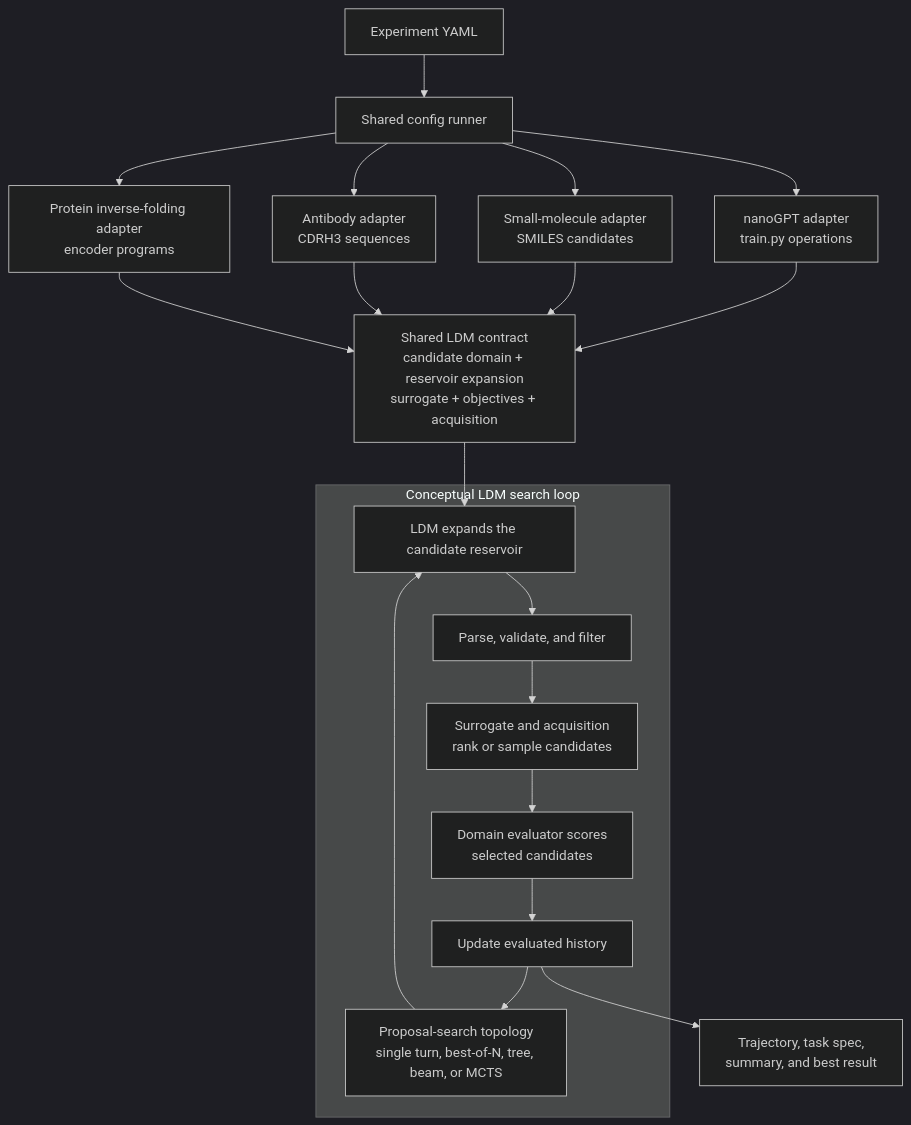
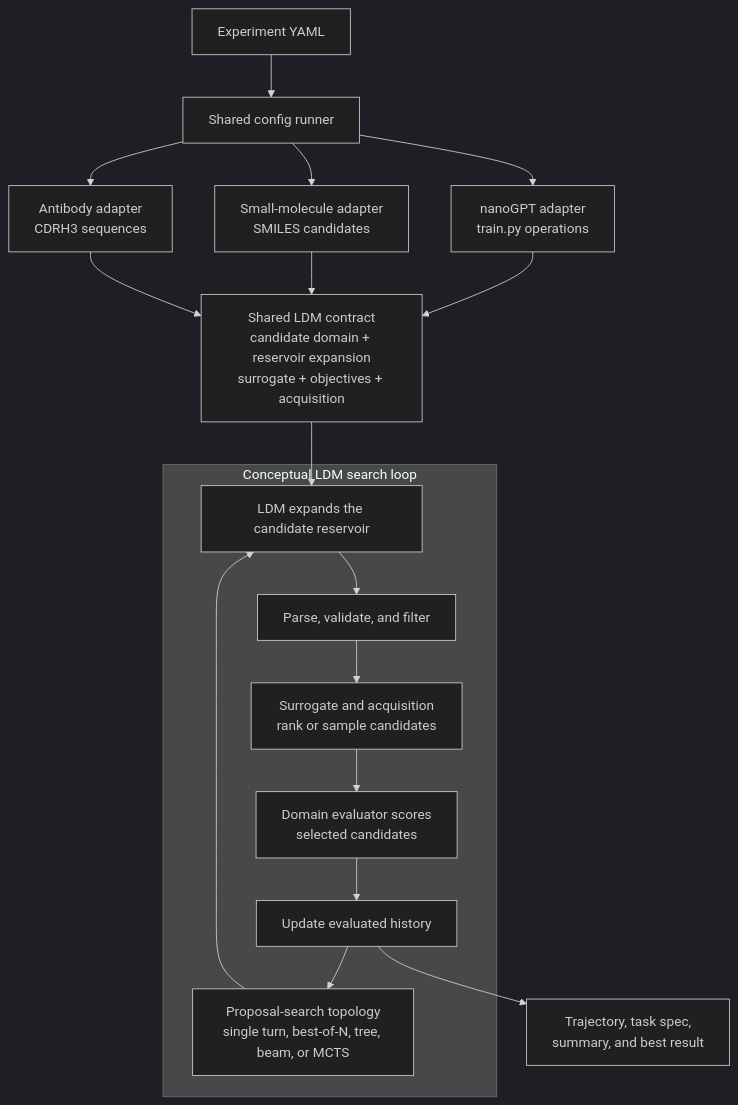
One commit to KangOxford/Large-Discovery-Models changed the diagram in README.md. Above: the diagram before and after it, drawn with Mermaid (dark theme). The commit also changed other lines of this file and 87 other files, not shown here.

````diff
--- a/README.md
+++ b/README.md
@@ -369,28 +403,26 @@
 ```mermaid
 flowchart TB
     C["Experiment YAML"] --> R["Shared config runner"]
 
     R --> N["nanoGPT adapter<br/>train.py operations"]
     R --> M["Small-molecule adapter<br/>SMILES candidates"]
     R --> B["Antibody adapter<br/>CDRH3 sequences"]
-    R --> I["Protein inverse-folding adapter<br/>encoder programs"]
 
     N --> S["Shared LDM contract<br/>candidate domain + reservoir expansion<br/>surrogate + objectives + acquisition"]
     M --> S
     B --> S
-    I --> S
 
     S --> P
 
     subgraph L["Conceptual LDM search loop"]
         T["Proposal-search topology<br/>single turn, best-of-N, tree, beam, or MCTS"]
         P["LDM expands the candidate reservoir"]
         V["Parse, validate, and filter"]
         A["Surrogate and acquisition<br/>rank or sample candidates"]
         E["Domain evaluator scores<br/>selected candidates"]
         H["Update evaluated history"]
         T --> P --> V --> A --> E --> H --> T
     end
 
     H --> O["Trajectory, task spec,<br/>summary, and best result"]
 ```
````
